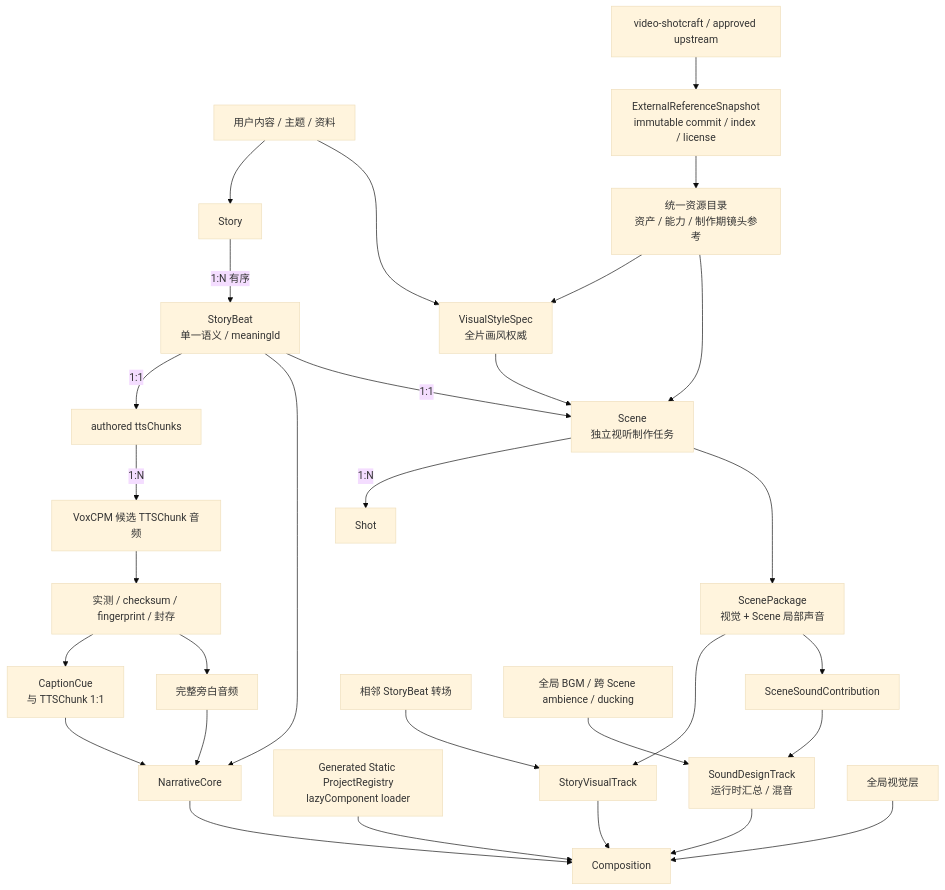
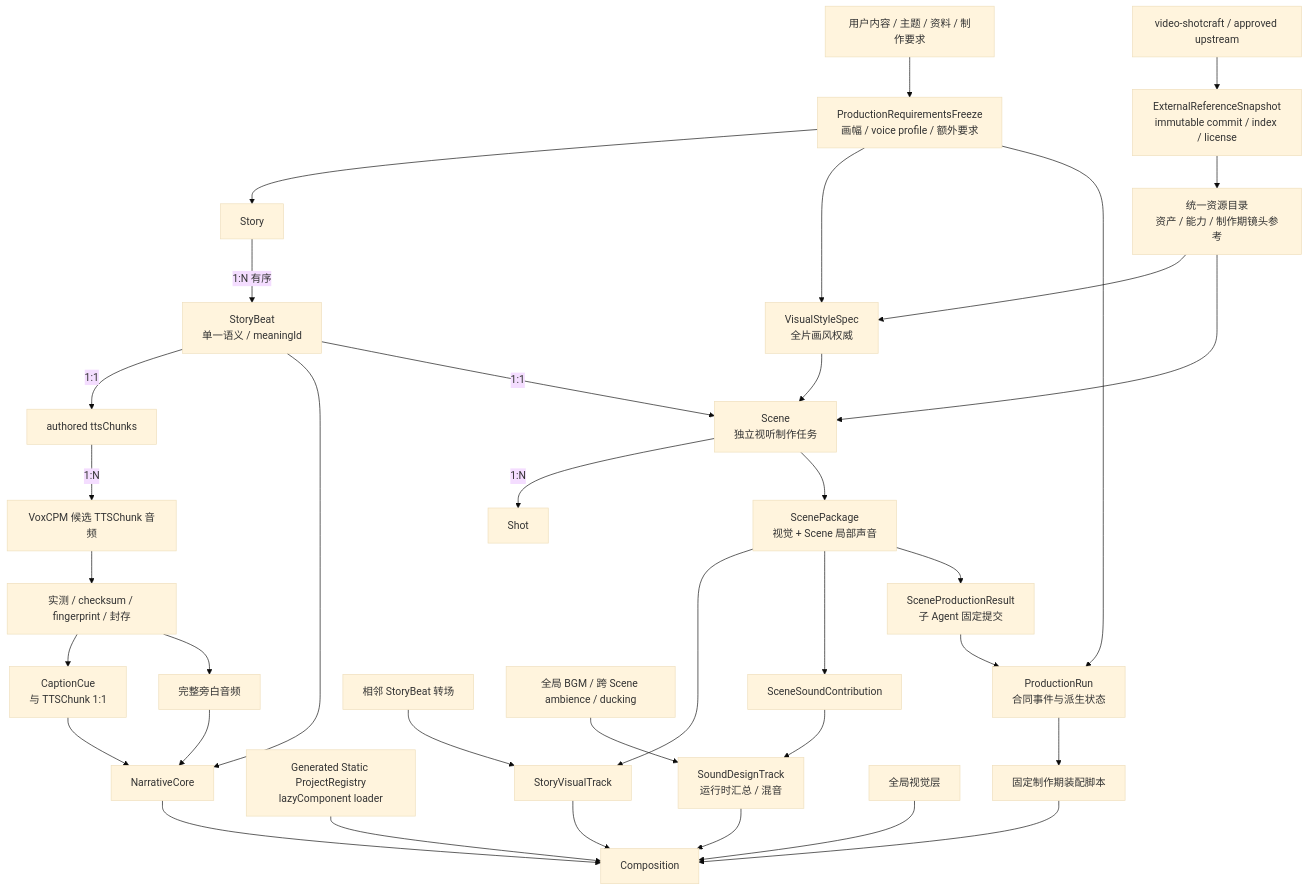
One commit to AXMORF/axmorf-studio changed the diagram in docs/FINAL_PRODUCT_GOAL.md. Above: the diagram before and after it, drawn with Mermaid (base theme). The commit also changed other lines of this file and 14 other files, not shown here.

````diff
--- a/docs/FINAL_PRODUCT_GOAL.md
+++ b/docs/FINAL_PRODUCT_GOAL.md
@@ -15,35 +16,41 @@
 ```mermaid
 flowchart TB
-    User["用户内容 / 主题 / 资料"] --> Story["Story"]
+    User["用户内容 / 主题 / 资料 / 制作要求"] --> Requirements["ProductionRequirementsFreeze<br/>画幅 / voice profile / 额外要求"]
+    Requirements --> Story["Story"]
     Story -->|"1:N 有序"| Beat["StoryBeat<br/>单一语义 / meaningId"]
 
     Beat -->|"1:1"| Chunks["authored ttsChunks"]
     Chunks -->|"1:N"| Generate["VoxCPM 候选 TTSChunk 音频"]
     Generate --> Seal["实测 / checksum / fingerprint / 封存"]
     Seal --> Captions["CaptionCue<br/>与 TTSChunk 1:1"]
     Seal --> Audio["完整旁白音频"]
     Audio --> Core["NarrativeCore"]
     Captions --> Core
     Beat --> Core
     Registry["Generated Static ProjectRegistry<br/>lazyComponent loader"] --> Composition
 
-    User --> Style["VisualStyleSpec<br/>全片画风权威"]
+    Requirements --> Style["VisualStyleSpec<br/>全片画风权威"]
     Catalog --> Style
     Upstream["video-shotcraft / approved upstream"] --> Snapshot["ExternalReferenceSnapshot<br/>immutable commit / index / license"]
     Snapshot --> Catalog
     Style --> Scene
     Beat -->|"1:1"| Scene["Scene<br/>独立视听制作任务"]
     Scene -->|"1:N"| Shot["Shot"]
     Catalog["统一资源目录<br/>资产 / 能力 / 制作期镜头参考"] --> Scene
     Scene --> Package["ScenePackage<br/>视觉 + Scene 局部声音"]
     Package --> Visual["StoryVisualTrack"]
     Package --> SceneSound["SceneSoundContribution"]
     Transition["相邻 StoryBeat 转场"] --> Visual
 
     Core --> Composition["Composition"]
     Visual --> Composition
     SceneSound --> Sound["SoundDesignTrack<br/>运行时汇总 / 混音"]
     GlobalSound["全局 BGM / 跨 Scene ambience / ducking"] --> Sound
     Sound --> Composition
     Global["全局视觉层"] --> Composition
+    Requirements --> Run["ProductionRun<br/>合同事件与派生状态"]
+    Package --> SceneResult["SceneProductionResult<br/>子 Agent 固定提交"]
+    SceneResult --> Run
+    Run --> AssembleStep["固定制作期装配脚本"]
+    AssembleStep --> Composition
 ```
````
